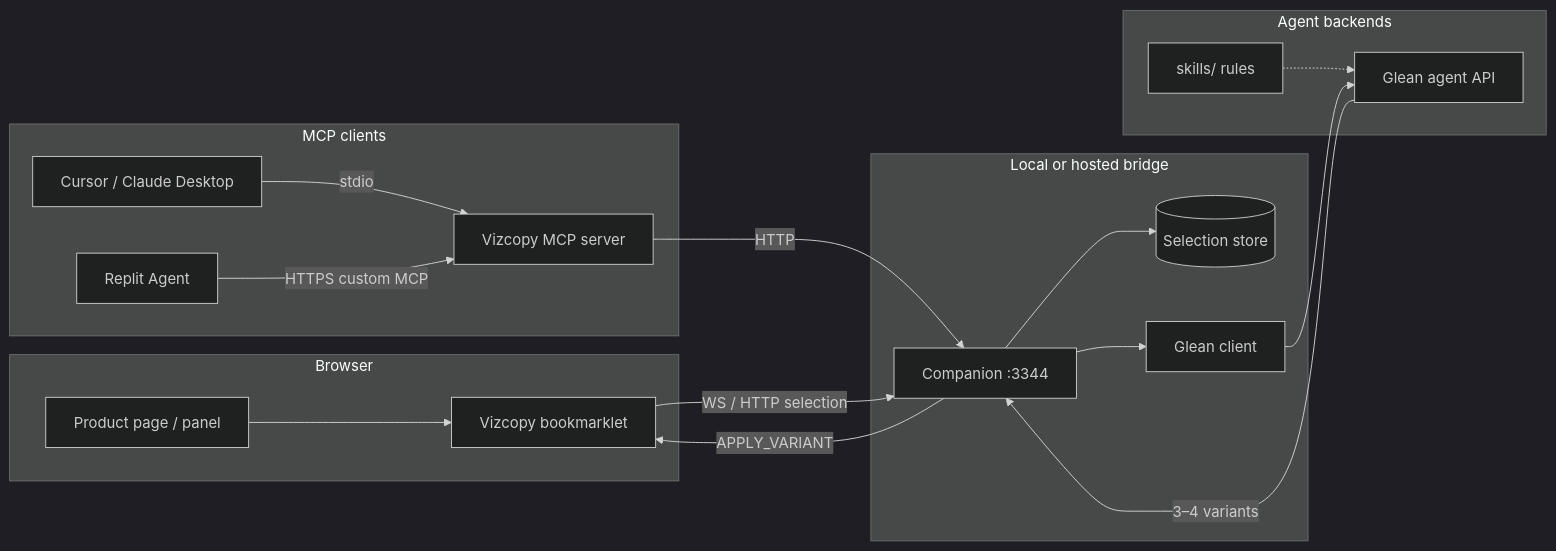
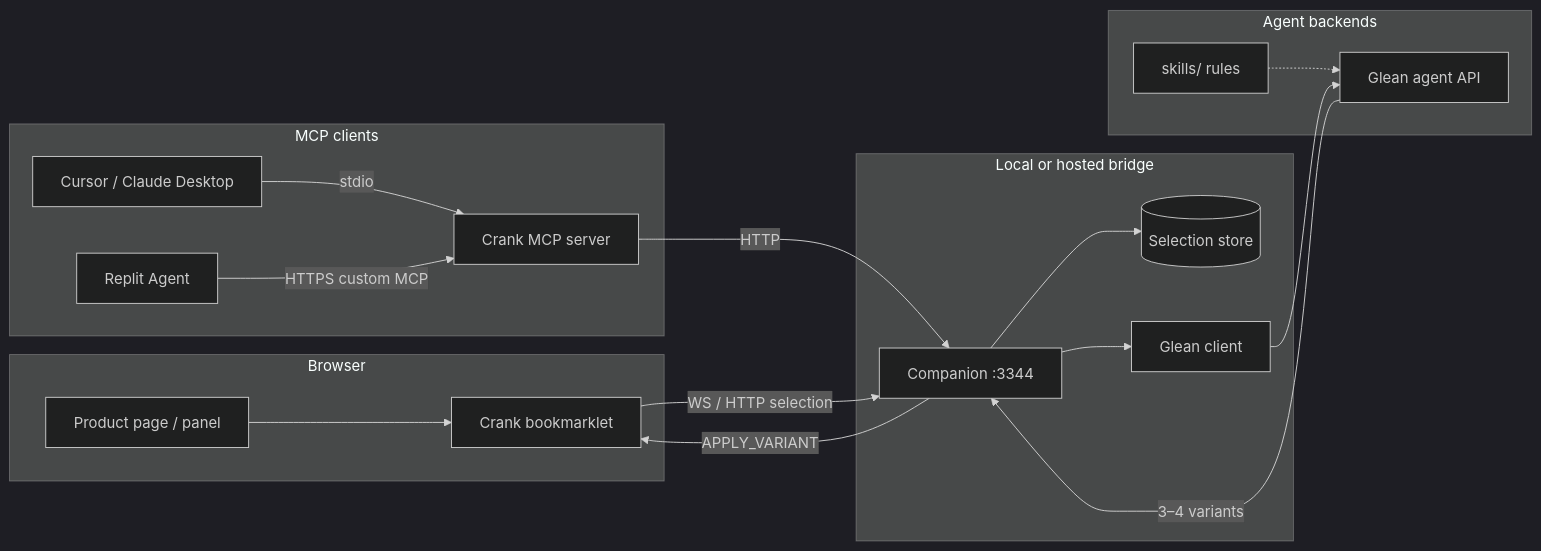
The diagram in README.md (ahmednawaz619/crank), drawn with Mermaid (dark theme) before and after one commit. The commit also changed other lines of this file and 45 other files, not shown here.

First line of the commit message:
feat: publish-ready npm flow for zero-friction teammate install

````diff
--- a/README.md
+++ b/README.md
@@ -13,36 +13,36 @@
 ```mermaid
 flowchart LR
   subgraph Browser
     Page[Product page / panel]
-    BM[Vizcopy bookmarklet]
+    BM[Crank bookmarklet]
     Page --> BM
   end
 
   subgraph Local_or_Hosted["Local or hosted bridge"]
     Comp[Companion :3344]
     Store[(Selection store)]
     GleanClient[Glean client]
     Comp --> Store
     Comp --> GleanClient
   end
 
   subgraph Agent_backends["Agent backends"]
     Glean[Glean agent API]
     Skills[skills/ rules]
     GleanClient --> Glean
     Skills -.-> Glean
   end
 
   subgraph MCP_clients["MCP clients"]
     Cursor[Cursor / Claude Desktop]
     Replit[Replit Agent]
-    MCP[Vizcopy MCP server]
+    MCP[Crank MCP server]
     Cursor -->|stdio| MCP
     Replit -->|HTTPS custom MCP| MCP
     MCP -->|HTTP| Comp
   end
 
   BM -->|WS / HTTP selection| Comp
   Comp -->|APPLY_VARIANT| BM
   Glean -->|3–4 variants| Comp
 ```
````
